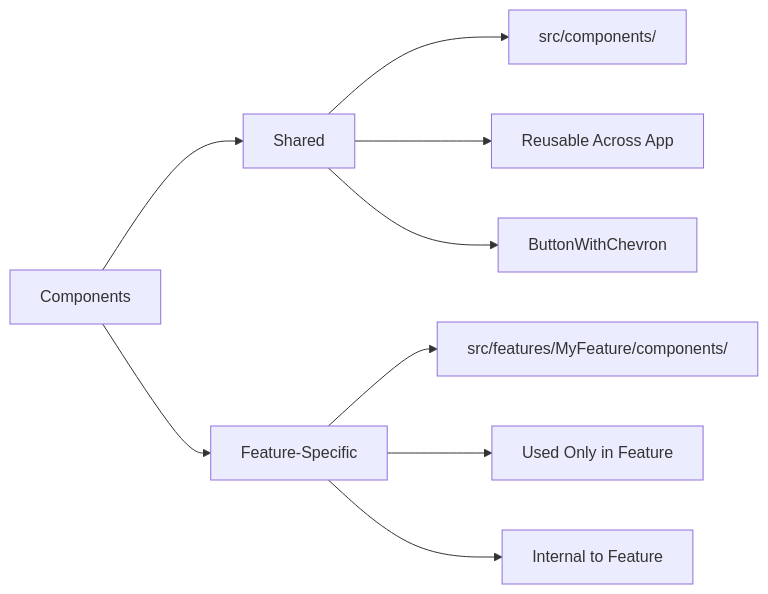
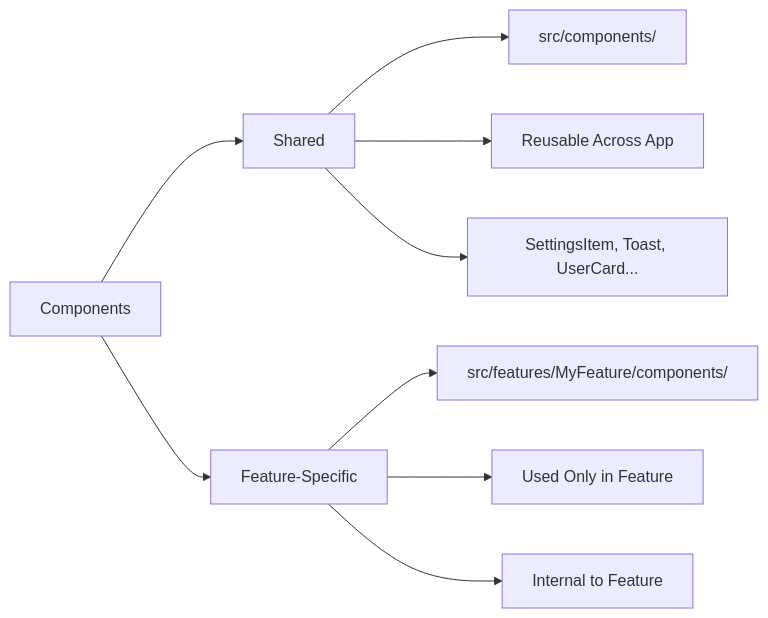
One commit to warrendeleon/rn-warrendeleon changed the third of 3 diagrams in docs/readme/ARCHITECTURE.md. Above: the diagram before and after it, drawn with Mermaid. The commit also changed other lines of this file and 6 other files, not shown here.

````diff
--- a/docs/readme/ARCHITECTURE.md
+++ b/docs/readme/ARCHITECTURE.md
@@ -181,13 +184,13 @@
 ```mermaid
 graph LR
     A[Components] --> B[Shared]
     A --> C[Feature-Specific]
 
     B --> B1[src/components/]
     B --> B2[Reusable Across App]
-    B --> B3[ButtonWithChevron]
+    B --> B3[SettingsItem, Toast, UserCard...]
 
     C --> C1[src/features/MyFeature/components/]
     C --> C2[Used Only in Feature]
     C --> C3[Internal to Feature]
 ```
````
